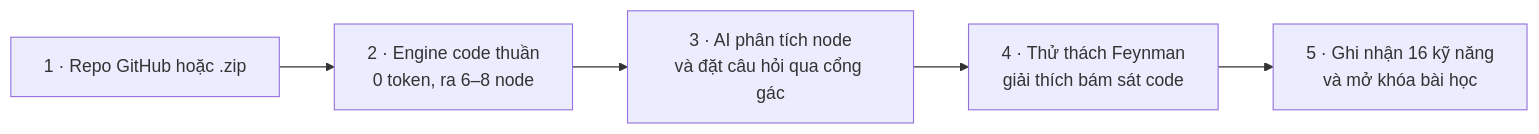
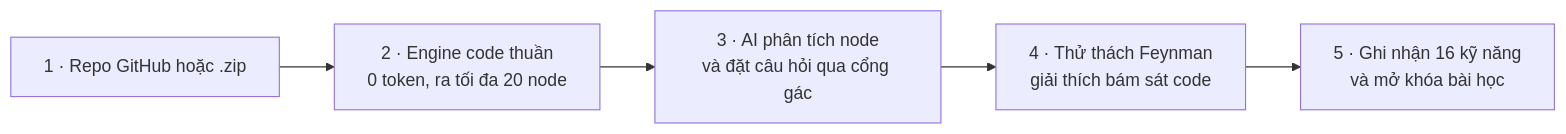
The first of 4 diagrams in doc-de-hieu/00_toan_canh.md (huynhthanhnhannnh-pixel/Hackathon_SGU), drawn with Mermaid before and after one commit. The commit also changed other lines of this file and 12 other files, not shown here.

First line of the commit message:
docs: D-51 tăng số node tối đa lên 20

````diff
--- a/doc-de-hieu/00_toan_canh.md
+++ b/doc-de-hieu/00_toan_canh.md
@@ -19,7 +19,7 @@
 ```mermaid
 flowchart LR
-    REPO["1 · Repo GitHub hoặc .zip"] --> ENG["2 · Engine code thuần<br/>0 token, ra 6–8 node"]
+    REPO["1 · Repo GitHub hoặc .zip"] --> ENG["2 · Engine code thuần<br/>0 token, ra tối đa 20 node"]
     ENG --> AI["3 · AI phân tích node<br/>và đặt câu hỏi qua cổng gác"]
     AI --> FEYN["4 · Thử thách Feynman<br/>giải thích bám sát code"]
     FEYN --> BKT["5 · Ghi nhận 16 kỹ năng<br/>và mở khóa bài học"]
 ```
````
